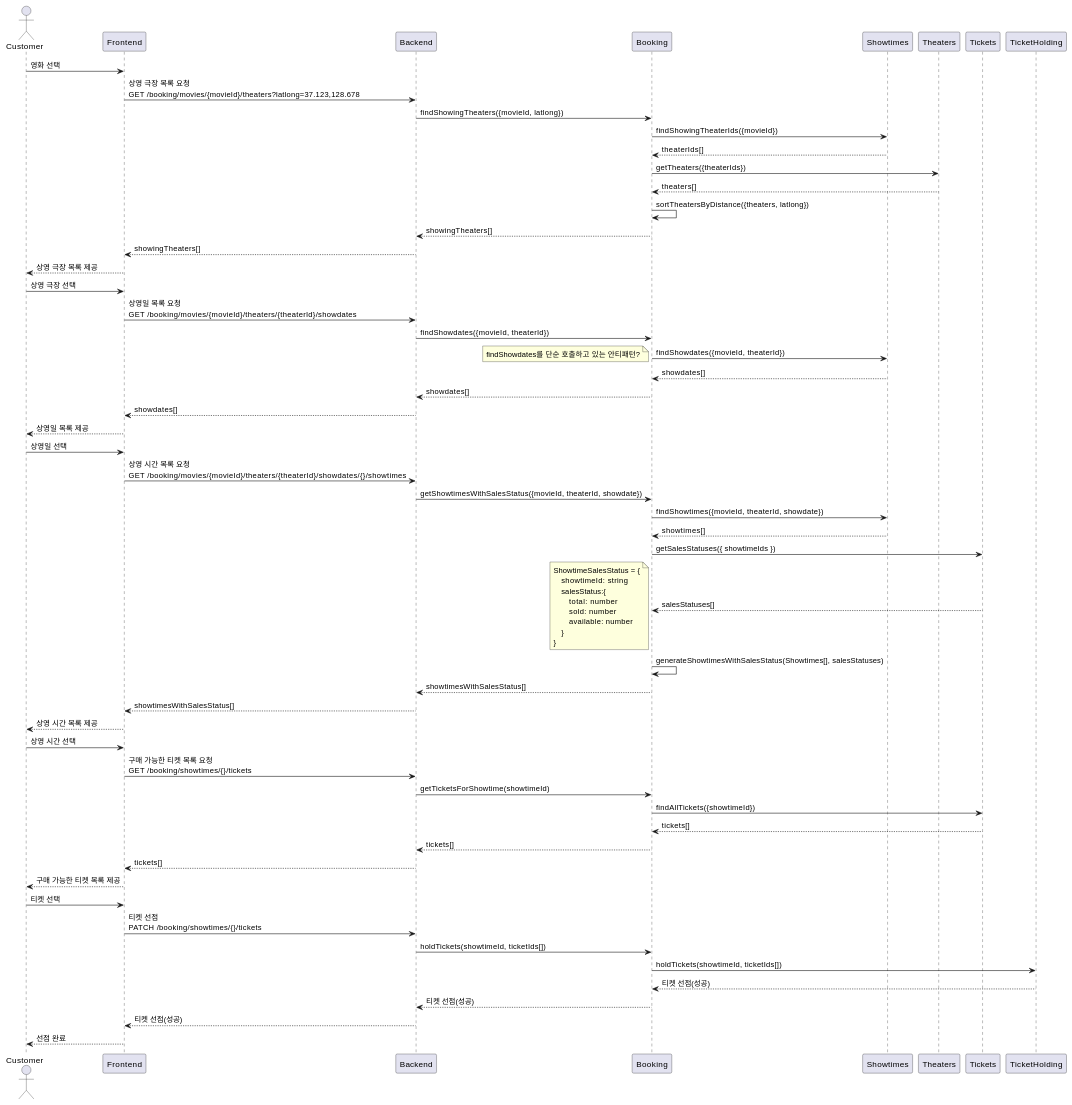
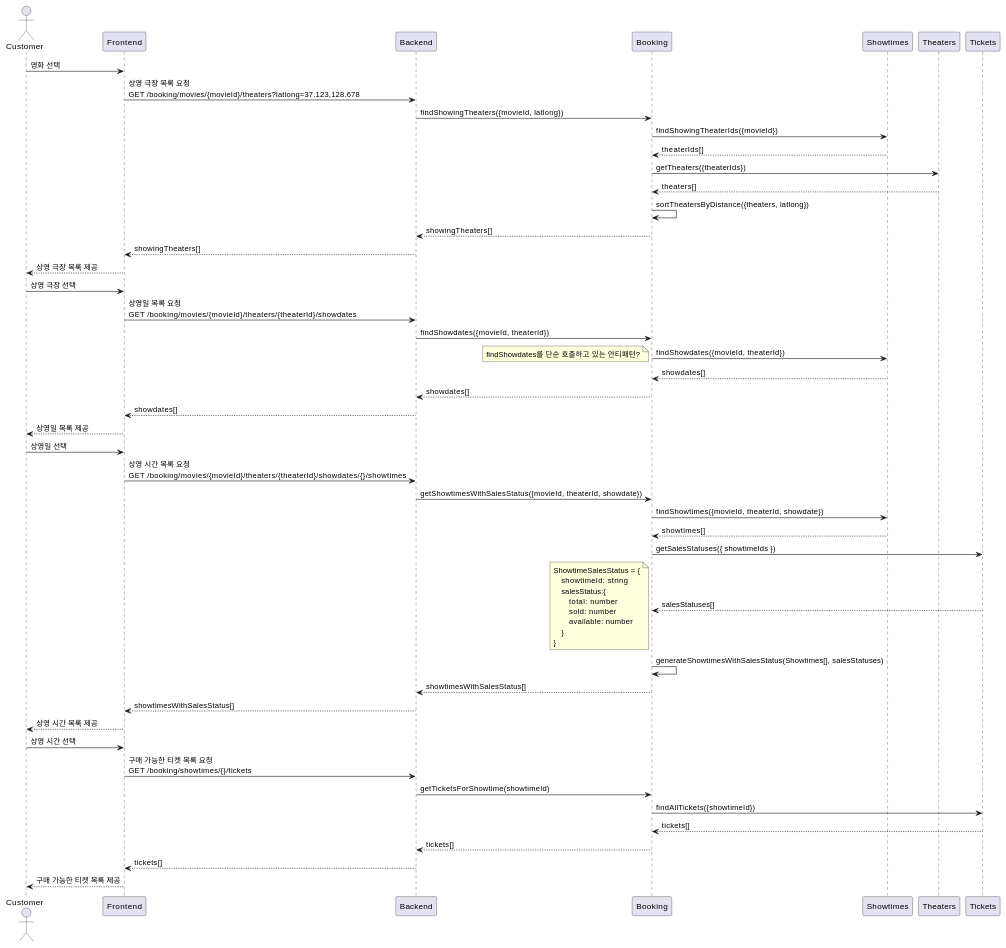
The second of 4 diagrams in docs/tickets-purchase.md (mannercode/nest-seed), drawn with PlantUML before and after one commit. The commit also changed other lines of this file and 21 other files, not shown here.

````diff
--- a/docs/tickets-purchase.md
+++ b/docs/tickets-purchase.md
@@ -101,69 +101,59 @@
 ```plantuml
 @startuml
 actor Customer
 
 Customer -> Frontend : 영화 선택
     Frontend -> Backend : 상영 극장 목록 요청\nGET /booking/movies/{movieId}/theaters?latlong=37.123,128.678
         Backend -> Booking: findShowingTheaters({movieId, latlong})
             Booking -> Showtimes: findShowingTheaterIds({movieId})
             Booking <-- Showtimes: theaterIds[]
             Booking -> Theaters: getTheaters({theaterIds})
             Booking <-- Theaters: theaters[]
             Booking -> Booking: sortTheatersByDistance({theaters, latlong})
         Backend <-- Booking: showingTheaters[]
     Frontend <-- Backend : showingTheaters[]
 Customer <-- Frontend : 상영 극장 목록 제공
 
 Customer -> Frontend : 상영 극장 선택
     Frontend -> Backend : 상영일 목록 요청\nGET /booking/movies/{movieId}/theaters/{theaterId}/showdates
         Backend -> Booking: findShowdates({movieId, theaterId})
             Booking -> Showtimes: findShowdates({movieId, theaterId})
                 note left
                 findShowdates를 단순 호출하고 있는 안티패턴?
                 end note
             Booking <-- Showtimes: showdates[]
         Backend <-- Booking: showdates[]
     Frontend <-- Backend : showdates[]
 Customer <-- Frontend : 상영일 목록 제공
 
 Customer -> Frontend : 상영일 선택
     Frontend -> Backend : 상영 시간 목록 요청\nGET /booking/movies/{movieId}/theaters/{theaterId}/showdates/{}/showtimes
         Backend -> Booking: getShowtimesWithSalesStatus({movieId, theaterId, showdate})
             Booking -> Showtimes: findShowtimes({movieId, theaterId, showdate})
             Booking <-- Showtimes: showtimes[]
             Booking -> Tickets: getSalesStatuses({ showtimeIds })
             Booking <-- Tickets: salesStatuses[]
             note left
             ShowtimeSalesStatus = {
                 showtimeId: string
                 salesStatus:{
                     total: number
                     sold: number
                     available: number
                 }
             }
             end note
             Booking -> Booking: generateShowtimesWithSalesStatus(Showtimes[], salesStatuses)
         Backend <-- Booking: showtimesWithSalesStatus[]
     Frontend <-- Backend : showtimesWithSalesStatus[]
 Customer <-- Frontend : 상영 시간 목록 제공
 
 Customer -> Frontend : 상영 시간 선택
     Frontend -> Backend : 구매 가능한 티켓 목록 요청\nGET /booking/showtimes/{}/tickets
         Backend -> Booking : getTicketsForShowtime(showtimeId)
             Booking -> Tickets : findAllTickets({showtimeId})
             Booking <-- Tickets : tickets[]
         Backend <-- Booking: tickets[]
     Frontend <-- Backend : tickets[]
 Customer <-- Frontend : 구매 가능한 티켓 목록 제공
-
-Customer -> Frontend: 티켓 선택
-    Frontend -> Backend: 티켓 선점\nPATCH /booking/showtimes/{}/tickets
-        Backend -> Booking : holdTickets(showtimeId, ticketIds[])
-            Booking -> TicketHolding : holdTickets(showtimeId, ticketIds[])
-            Booking <-- TicketHolding : 티켓 선점(성공)
-        Backend <-- Booking: 티켓 선점(성공)
-    Frontend <-- Backend: 티켓 선점(성공)
-Customer <-- Frontend: 선점 완료
-@enduml
 ```
````
